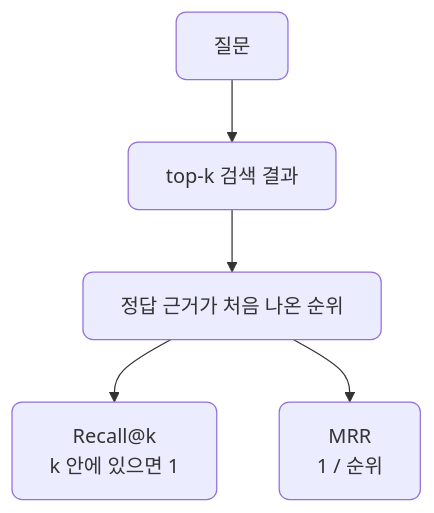
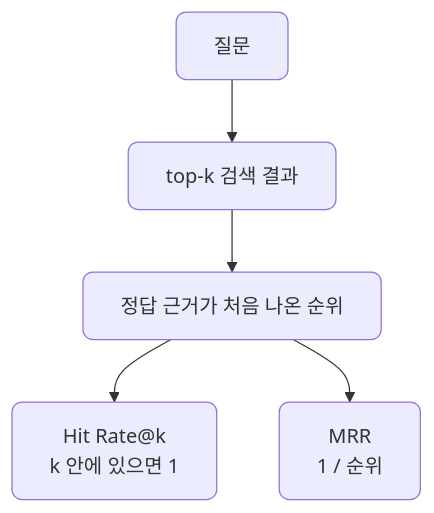
Before and after one commit to CodeCompose7/ai_service_engineering: the second of 5 diagrams in docs/section2/lec07/README.md, drawn with Mermaid. The commit also changed other lines of this file and 2 other files, not shown here.

First line of the commit message:
lec07: 지표 이름을 Hit Rate@k로 정정, precision/recall 정의 추가

````diff
--- a/docs/section2/lec07/README.md
+++ b/docs/section2/lec07/README.md
@@ -23,8 +23,8 @@
 ```mermaid
 flowchart TB
   Q["질문"] --> S["top-k 검색 결과"]
   S --> R["정답 근거가 처음 나온 순위"]
-  R --> RC["Recall@k<br/>k 안에 있으면 1"]
+  R --> RC["Hit Rate@k<br/>k 안에 있으면 1"]
   R --> MR["MRR<br/>1 / 순위"]
   classDef default rx:8,ry:8;
 ```
````
